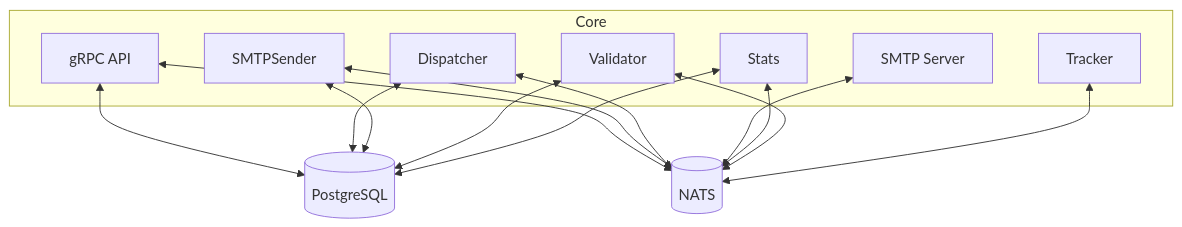
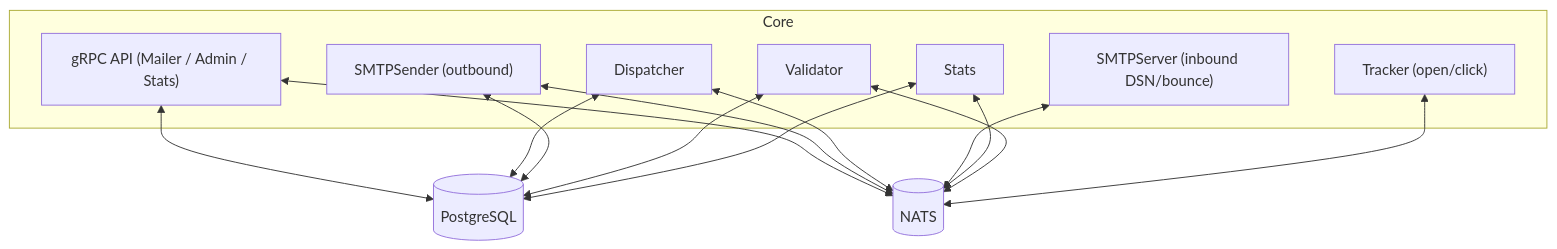
One commit to kannon-email/kannon changed the diagram in README.md. Above: the diagram before and after it, drawn with Mermaid. The commit also changed other lines of this file, not shown here.

````diff
--- a/README.md
+++ b/README.md
@@ -64,26 +66,26 @@
 ```mermaid
 flowchart TD
     subgraph Core
-        API["gRPC API"]
-        SMTP["SMTP Server"]
-        SMTPSender["SMTPSender"]
+        API["gRPC API (Mailer / Admin / Stats)"]
+        SMTPServer["SMTPServer (inbound DSN/bounce)"]
+        SMTPSender["SMTPSender (outbound)"]
         Dispatcher["Dispatcher"]
         Validator["Validator"]
-        Tracker["Tracker"]
+        Tracker["Tracker (open/click)"]
         Stats["Stats"]
     end
     DB[(PostgreSQL)]
     NATS[(NATS)]
     API <--> DB
     Dispatcher <--> DB
     SMTPSender <--> DB
     Validator <--> DB
     Stats <--> DB
     API <--> NATS
     SMTPSender <--> NATS
     Dispatcher <--> NATS
-    SMTP <--> NATS
+    SMTPServer <--> NATS
     Stats <--> NATS
     Validator <--> NATS
     Tracker <--> NATS
 ```
````
